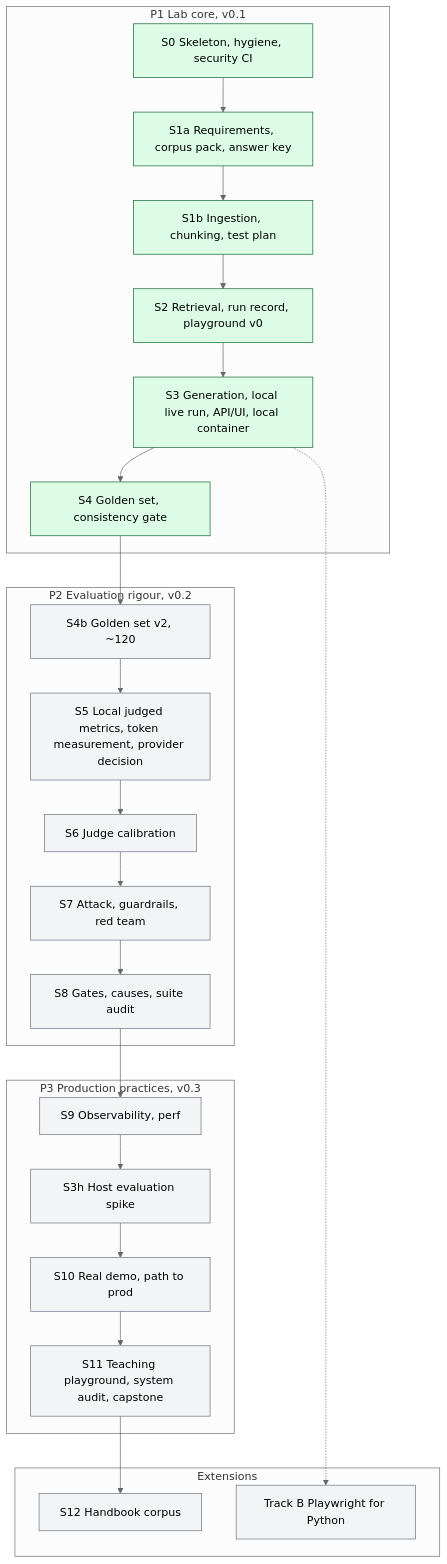
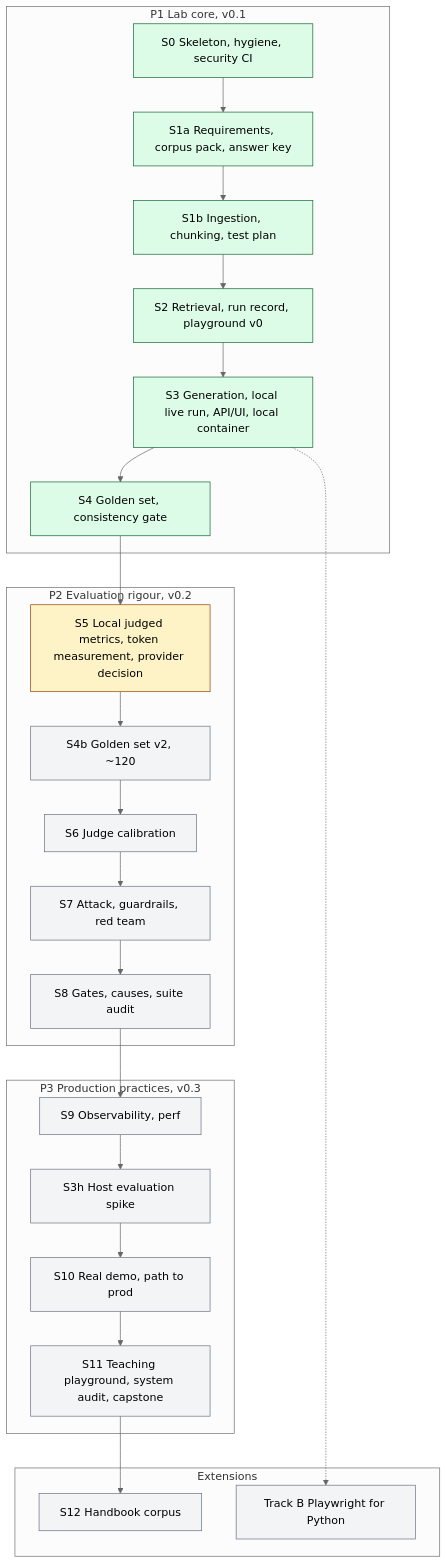
One commit to willcoliveira/ai-testing-rag-lab changed the diagram in README.md. Above: the diagram before and after it, drawn with Mermaid (neutral theme). The commit also changed 9 other files, not shown here.

````diff
--- a/README.md
+++ b/README.md
@@ -23,25 +23,26 @@
 ```mermaid
 flowchart TB
   subgraph P1[P1 Lab core, v0.1]
     S0[S0 Skeleton, hygiene, security CI] --> S1a[S1a Requirements, corpus pack, answer key] --> S1b[S1b Ingestion, chunking, test plan] --> S2[S2 Retrieval, run record, playground v0] --> S3[S3 Generation, local live run, API/UI, local container] --> S4[S4 Golden set, consistency gate]
   end
   subgraph P2[P2 Evaluation rigour, v0.2]
-    S4b[S4b Golden set v2, ~120] --> S5[S5 Local judged metrics, token measurement, provider decision] --> S6[S6 Judge calibration] --> S7[S7 Attack, guardrails, red team] --> S8[S8 Gates, causes, suite audit]
+    S5[S5 Local judged metrics, token measurement, provider decision] --> S4b[S4b Golden set v2, ~120] --> S6[S6 Judge calibration] --> S7[S7 Attack, guardrails, red team] --> S8[S8 Gates, causes, suite audit]
   end
   subgraph P3[P3 Production practices, v0.3]
     S9[S9 Observability, perf] --> S3h[S3h Host evaluation spike] --> S10[S10 Real demo, path to prod] --> S11[S11 Teaching playground, system audit, capstone]
   end
   subgraph EXT[Extensions]
     S12[S12 Handbook corpus]
     B[Track B Playwright for Python]
   end
-  S4 --> S4b
+  S4 --> S5
   S8 --> S9
   S11 --> S12
   S3 -.-> B
   classDef todo fill:#f3f4f6,stroke:#6b7280
   classDef wip fill:#fef3c7,stroke:#92400e
   classDef done fill:#dcfce7,stroke:#166534
   class S0,S1a,S1b,S2,S3,S4 done
-  class S3h,S4b,S5,S6,S7,S8,S9,S10,S11,S12,B todo
+  class S5 wip
+  class S3h,S4b,S6,S7,S8,S9,S10,S11,S12,B todo
 ```
````
